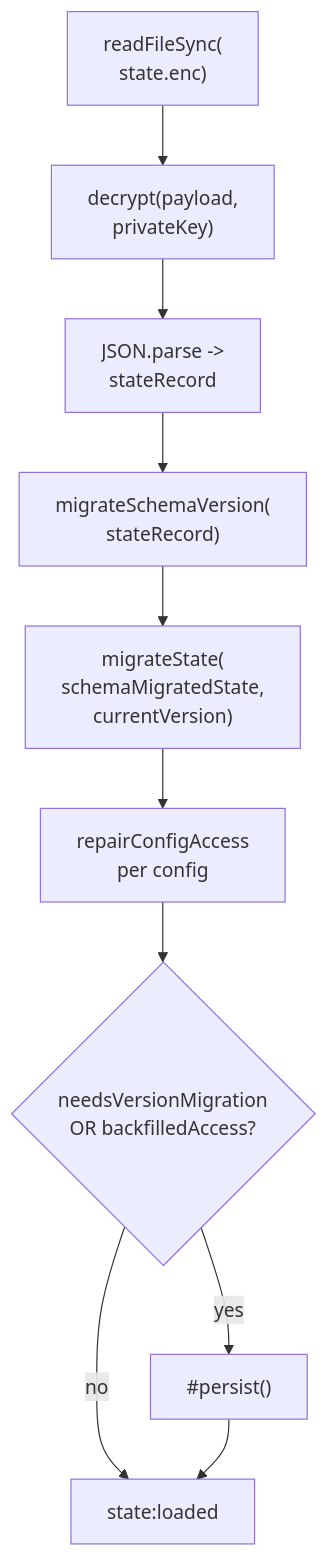
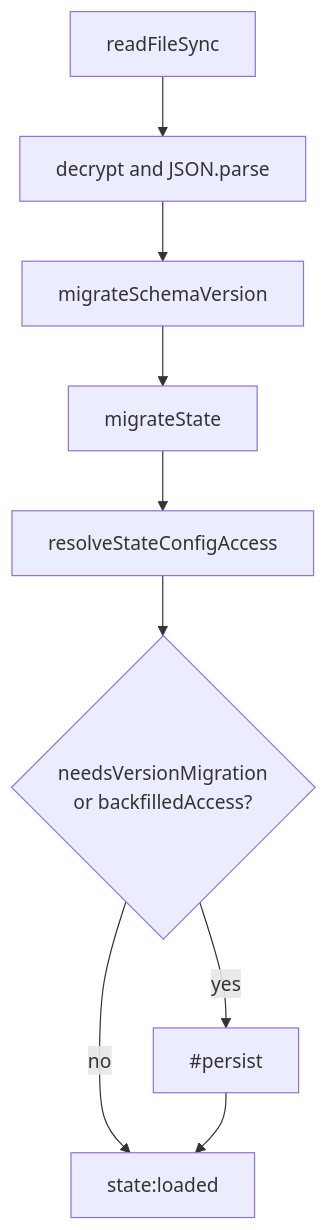
One commit to noormdev/noorm changed the fourth of 6 diagrams in docs/wiki/core-state.md. Above: the diagram before and after it, drawn with Mermaid. The commit also changed other lines of this file and 557 other files, not shown here.

````diff
--- a/docs/wiki/core-state.md
+++ b/docs/wiki/core-state.md
@@ -46,12 +145,12 @@
 ```mermaid
 flowchart TD
-    A["readFileSync(<br/>state.enc)"] --> B["decrypt(payload,<br/>privateKey)"]
-    B --> C["JSON.parse -><br/>stateRecord"]
-    C --> D["migrateSchemaVersion(<br/>stateRecord)"]
-    D --> E["migrateState(<br/>schemaMigratedState,<br/>currentVersion)"]
-    E --> F["repairConfigAccess<br/>per config"]
-    F --> G{"needsVersionMigration<br/>OR backfilledAccess?"}
-    G -->|yes| H["#persist()"]
-    G -->|no| I["state:loaded"]
-    H --> I
+    %% source: src/core/state/manager.ts, src/core/state/migrations.ts
+    A["readFileSync"] --> B["decrypt and JSON.parse"]
+    B --> C["migrateSchemaVersion"]
+    C --> D["migrateState"]
+    D --> E["resolveStateConfigAccess"]
+    E --> F{"needsVersionMigration<br/>or backfilledAccess?"}
+    F -->|yes| G["#persist"]
+    F -->|no| H["state:loaded"]
+    G --> H
 ```
````
